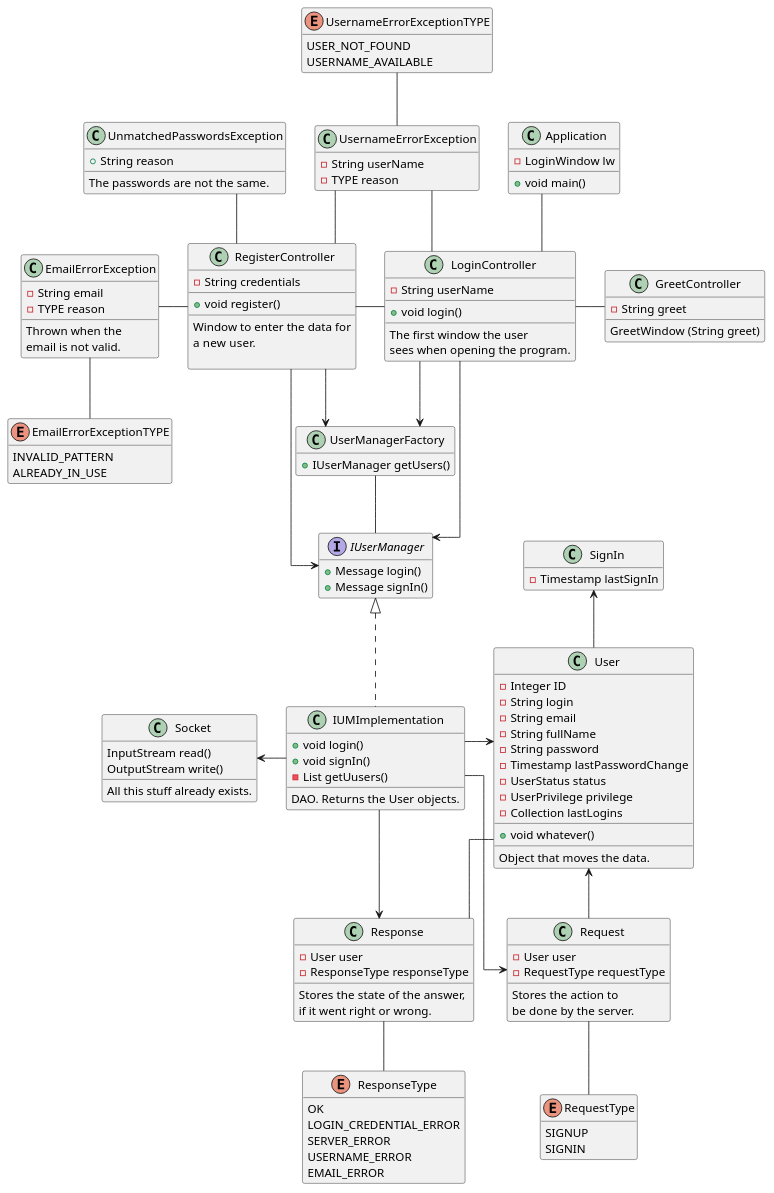
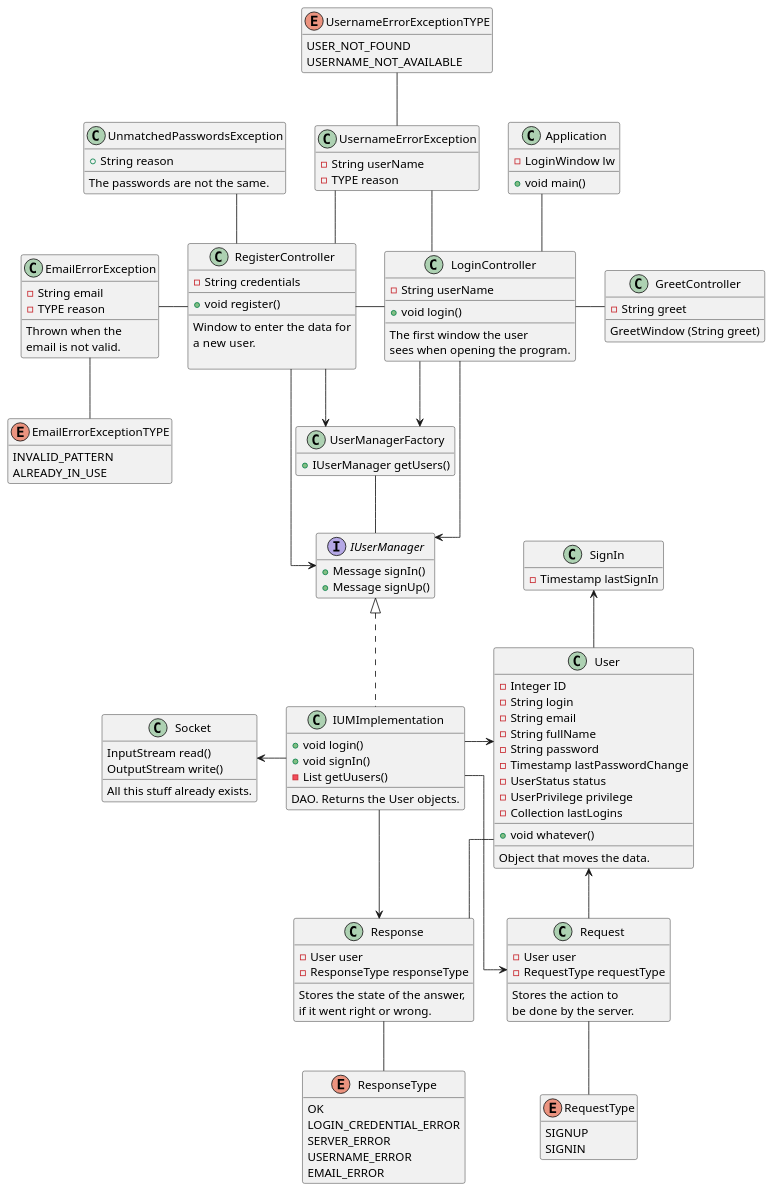
One commit to optickx/ClientReto1 changed the diagram in uml/client.puml. Above: the diagram before and after it, drawn with PlantUML. The commit also changed 2 other files, not shown here.

Commit message:
names of signUp() and signIn() updated

```diff
--- a/uml/client.puml
+++ b/uml/client.puml
@@ -1,192 +1,192 @@
 @startuml client
 /'Graphic properties
 '/
 
 skinparam linetype ortho
 skinparam groupInheritance 5
 hide empty members
 
 /'Main class
 '/
 class Application {
     -LoginWindow lw
     +void main()
 }
 
 /'Every window of the program.
 Three of them.'/
 class LoginController {
     -String userName
     __
     +void login()
     __
     The first window the user 
     sees when opening the program.
 }
 class RegisterController {
     -String credentials
     __
     +void register()
     __
     Window to enter the data for 
     a new user.
 
 }
 class GreetController {
     -String greet
     __
     GreetWindow (String greet)
 }
 /'Logic part of the program.
 '/
 interface IUserManager {
-    +Message login()
     +Message signIn()
+    +Message signUp()
 }
 class IUMImplementation {
     +void login()
     +void signIn()
     -List getUusers()
     __
     DAO. Returns the User objects.
 }
 class UserManagerFactory {
     +IUserManager getUsers()
 }
 
 /'Pre-existing Java classes'/
 class Socket {
     InputStream read()
     OutputStream write()
     __
     All this stuff already exists.
 }
 /'Objects, etc
 '/
 class User {
     -Integer ID
     -String login
     -String email
     -String fullName
     -String password
     -Timestamp lastPasswordChange
     -UserStatus status
     -UserPrivilege privilege
     -Collection lastLogins
     __
     +void whatever()
     __
     Object that moves the data.
 }
 class SignIn {
     -Timestamp lastSignIn
 }
 /' Message classes
 '/
 
 class Request {
     -User user
     -RequestType requestType
     __
     Stores the action to 
     be done by the server.
 }
 
 enum RequestType {
    SIGNUP 
    SIGNIN 
 }
 
 class Response {
     -User user
     -ResponseType responseType
     __
     Stores the state of the answer,
     if it went right or wrong.
 }
 enum ResponseType {
     OK
     LOGIN_CREDENTIAL_ERROR
     SERVER_ERROR
     USERNAME_ERROR
     EMAIL_ERROR
 }
 
 
 /'Exceptions.
 '/
 class UnmatchedPasswordsException {
     +String reason
     __
     The passwords are not the same.
 }
 
 
 class EmailErrorException {
     -String email
     -TYPE reason
     __
     Thrown when the 
     email is not valid.
 }
 enum EmailErrorExceptionTYPE {
     INVALID_PATTERN
     ALREADY_IN_USE
 }
 
 class UsernameErrorException {
     -String userName
     -TYPE reason
 }
 enum UsernameErrorExceptionTYPE {
     USER_NOT_FOUND
-    USERNAME_AVAILABLE
+    USERNAME_NOT_AVAILABLE
 }
 
 
 Application -- LoginController
 
 LoginController -right- GreetController
 LoginController -left- RegisterController
 
 LoginController -down-> UserManagerFactory
 RegisterController --> UserManagerFactory
 
 LoginController --> IUserManager
 RegisterController --> IUserManager
 
 /' It looks horrible but ya have to indicate it:
 User appears in every class from view.
 '/
 
 /'
 LoginController --> User
 RegisterController --> User
 GreetController -down-> User
 '/
 
 UserManagerFactory -- IUserManager
 IUserManager <|.. IUMImplementation
 IUMImplementation -right-> User
 IUMImplementation -left-> Socket
 User -up-> SignIn
 
 
 IUMImplementation --> Request 
 IUMImplementation -left-> Response
 
 User <-down- Request 
 RequestType -up-Request 
 
 User -down- Response
 ResponseType -up- Response
 
 
 EmailErrorException -right- RegisterController
 UnmatchedPasswordsException -- RegisterController
 UsernameErrorException -- RegisterController
 UsernameErrorException -- LoginController
 
 EmailErrorException -- EmailErrorExceptionTYPE
 UsernameErrorException -up- UsernameErrorExceptionTYPE
 @enduml
```
